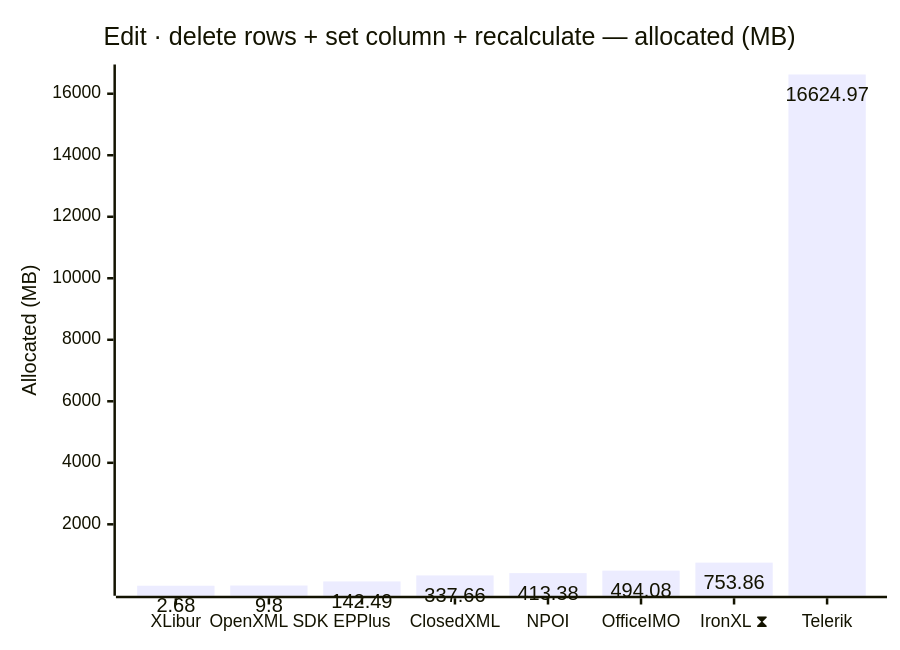
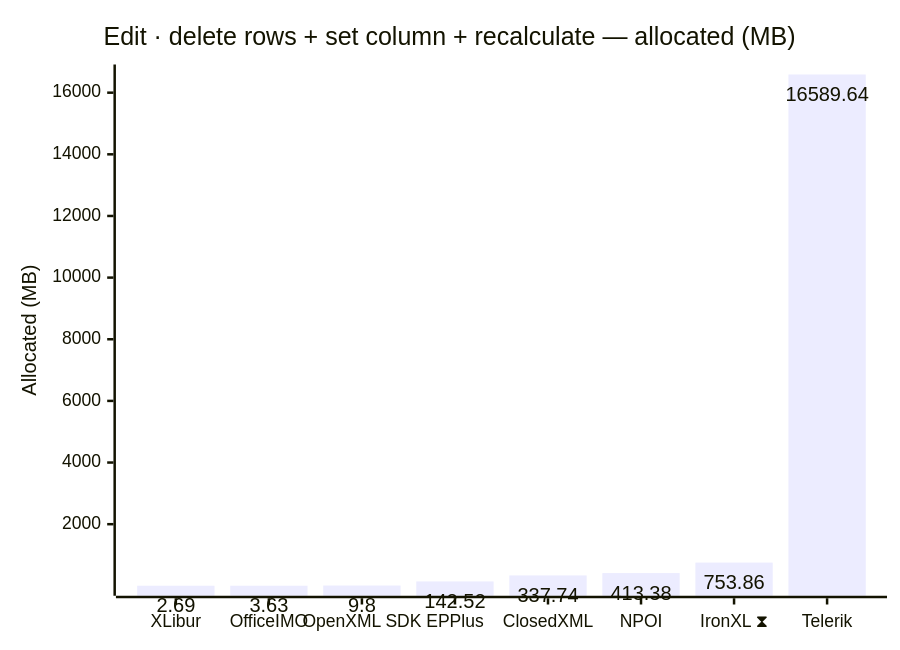
One commit to jafin/XLBench changed diagram 12 of 18 in docs/results.md. Above: the diagram before and after it, drawn with Mermaid. The commit also changed other lines of this file and 2 other files, not shown here.

First line of the commit message:
Publish full-fidelity results for OfficeIMO 3.6.2, MiniExcel 2.0.0, XLibur 0.900.0, EPPlus 8.7.3 and Telerik 2026.4.1127

````diff
--- a/docs/results.md
+++ b/docs/results.md
@@ -185,12 +185,12 @@
 ```mermaid
 ---
 config:
   xyChart:
     showDataLabel: true
 ---
 xychart-beta
     title "Edit · delete rows + set column + recalculate — allocated (MB)"
-    x-axis ["XLibur", "OpenXML SDK", "EPPlus", "ClosedXML", "NPOI", "OfficeIMO", "IronXL ⧗", "Telerik"]
+    x-axis ["XLibur", "OfficeIMO", "OpenXML SDK", "EPPlus", "ClosedXML", "NPOI", "IronXL ⧗", "Telerik"]
     y-axis "Allocated (MB)"
-    bar [2.68, 9.8, 142.49, 337.66, 413.38, 494.08, 753.86, 16624.97]
+    bar [2.69, 3.63, 9.8, 142.52, 337.74, 413.38, 753.86, 16589.64]
 ```
````
